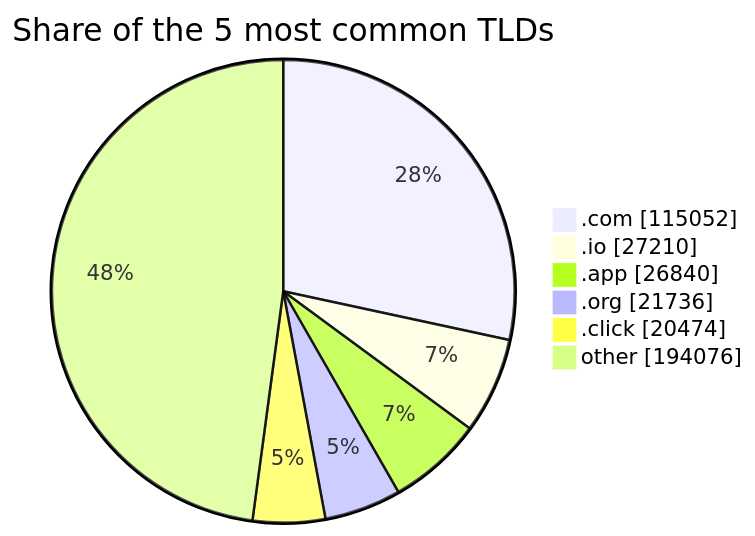
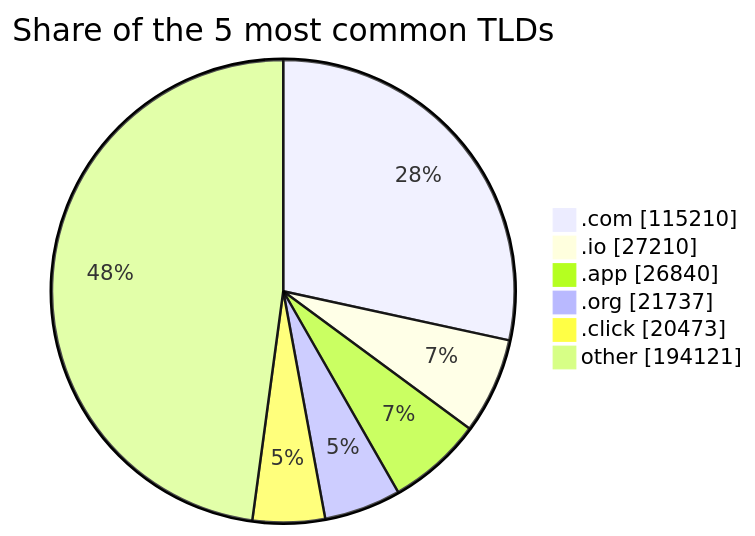
Before and after one commit to DNSBunker/CTI: the third of 3 diagrams in README.md, drawn with Mermaid. The commit also changed other lines of this file and 3 other files, not shown here.

````diff
--- a/README.md
+++ b/README.md
@@ -81,9 +81,9 @@
 ```mermaid
 pie showData title Share of the 5 most common TLDs
-    ".com" : 115052
+    ".com" : 115210
     ".io" : 27210
     ".app" : 26840
-    ".org" : 21736
-    ".click" : 20474
-    "other" : 194076
+    ".org" : 21737
+    ".click" : 20473
+    "other" : 194121
 ```
````
